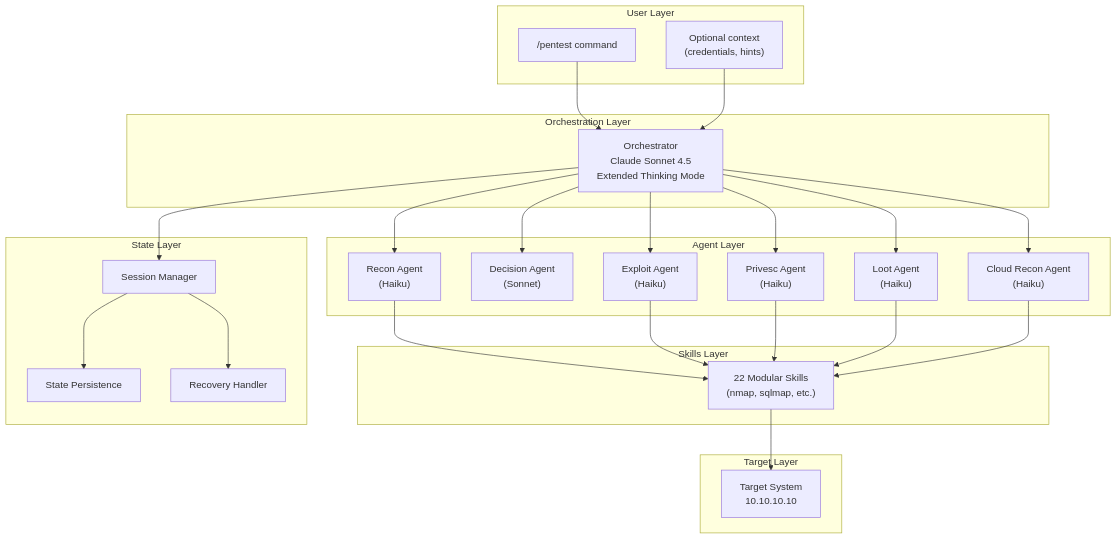
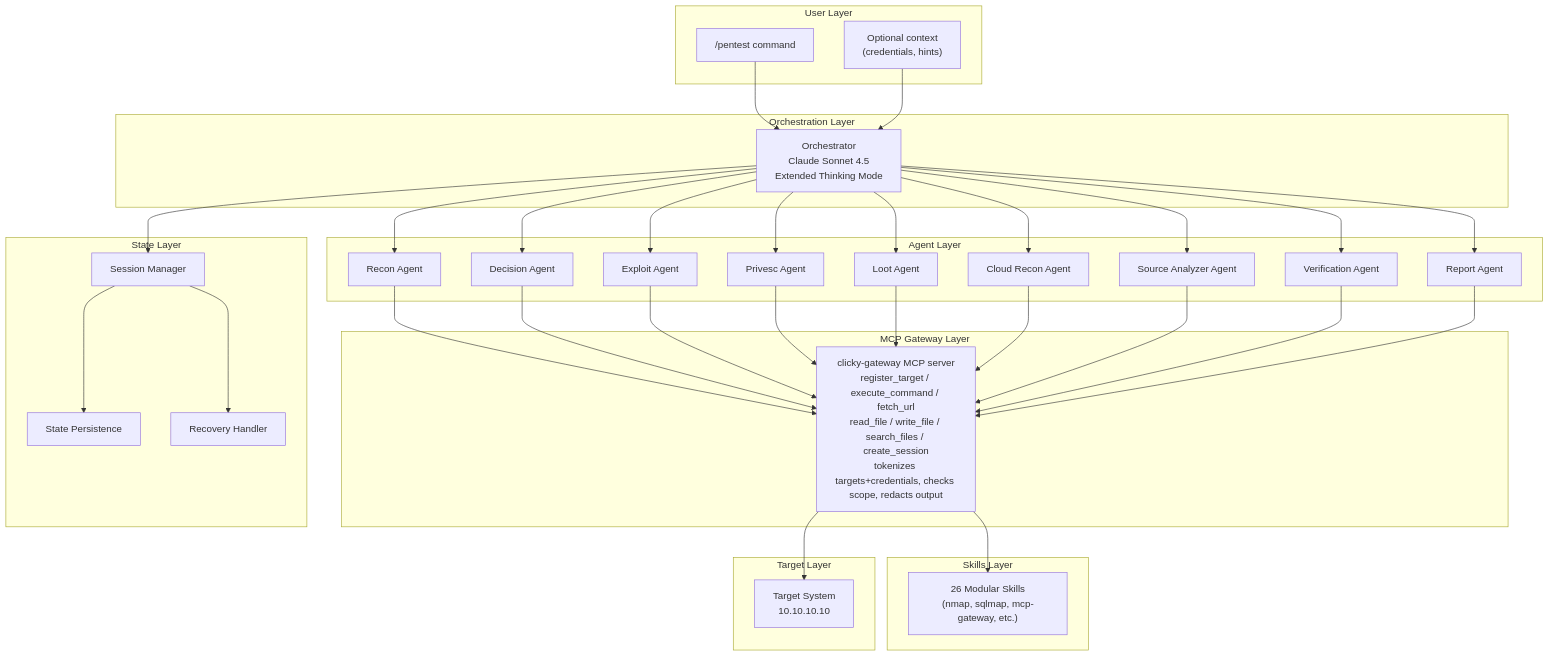
Before and after one commit to goldenapplestudios/Clicky: the first of 7 diagrams in docs/architecture.md, drawn with Mermaid. The commit also changed other lines of this file and 9 other files, not shown here.

First line of the commit message:
Bring documentation up to date with the MCP gateway migration and latest capabilities

````diff
--- a/docs/architecture.md
+++ b/docs/architecture.md
@@ -43,55 +43,70 @@
 ```mermaid
 flowchart TB
     subgraph UserLayer["User Layer"]
         CMD["/pentest command"]
         CTX["Optional context<br/>(credentials, hints)"]
     end
 
     subgraph OrchLayer["Orchestration Layer"]
         ORCH["Orchestrator<br/>Claude Sonnet 4.5<br/>Extended Thinking Mode"]
     end
 
     subgraph AgentLayer["Agent Layer"]
-        RECON["Recon Agent<br/>(Haiku)"]
-        DECISION["Decision Agent<br/>(Sonnet)"]
-        EXPLOIT["Exploit Agent<br/>(Haiku)"]
-        PRIVESC["Privesc Agent<br/>(Haiku)"]
-        LOOT["Loot Agent<br/>(Haiku)"]
-        CLOUD["Cloud Recon Agent<br/>(Haiku)"]
+        RECON["Recon Agent"]
+        DECISION["Decision Agent"]
+        EXPLOIT["Exploit Agent"]
+        PRIVESC["Privesc Agent"]
+        LOOT["Loot Agent"]
+        CLOUD["Cloud Recon Agent"]
+        SOURCE["Source Analyzer Agent"]
+        VERIFY["Verification Agent"]
+        REPORT["Report Agent"]
+    end
+
+    subgraph GatewayLayer["MCP Gateway Layer"]
+        GW["clicky-gateway MCP server<br/>register_target / execute_command / fetch_url<br/>read_file / write_file / search_files / create_session<br/>tokenizes targets+credentials, checks scope, redacts output"]
     end
 
     subgraph SkillLayer["Skills Layer"]
-        SKILLS["22 Modular Skills<br/>(nmap, sqlmap, etc.)"]
+        SKILLS["26 Modular Skills<br/>(nmap, sqlmap, mcp-gateway, etc.)"]
     end
 
     subgraph StateLayer["State Layer"]
         SESSION["Session Manager"]
         PERSIST["State Persistence"]
         RECOVER["Recovery Handler"]
     end
 
     subgraph TargetLayer["Target Layer"]
         TARGET["Target System<br/>10.10.10.10"]
     end
 
     CMD --> ORCH
     CTX --> ORCH
     ORCH --> RECON
     ORCH --> DECISION
     ORCH --> EXPLOIT
     ORCH --> PRIVESC
     ORCH --> LOOT
     ORCH --> CLOUD
+    ORCH --> SOURCE
+    ORCH --> VERIFY
+    ORCH --> REPORT
 
-    RECON --> SKILLS
-    EXPLOIT --> SKILLS
-    PRIVESC --> SKILLS
-    LOOT --> SKILLS
-    CLOUD --> SKILLS
+    RECON --> GW
+    DECISION --> GW
+    EXPLOIT --> GW
+    PRIVESC --> GW
+    LOOT --> GW
+    CLOUD --> GW
+    SOURCE --> GW
+    VERIFY --> GW
+    REPORT --> GW
 
-    SKILLS --> TARGET
+    GW --> SKILLS
+    GW --> TARGET
 
     ORCH --> SESSION
     SESSION --> PERSIST
     SESSION --> RECOVER
 ```
````
